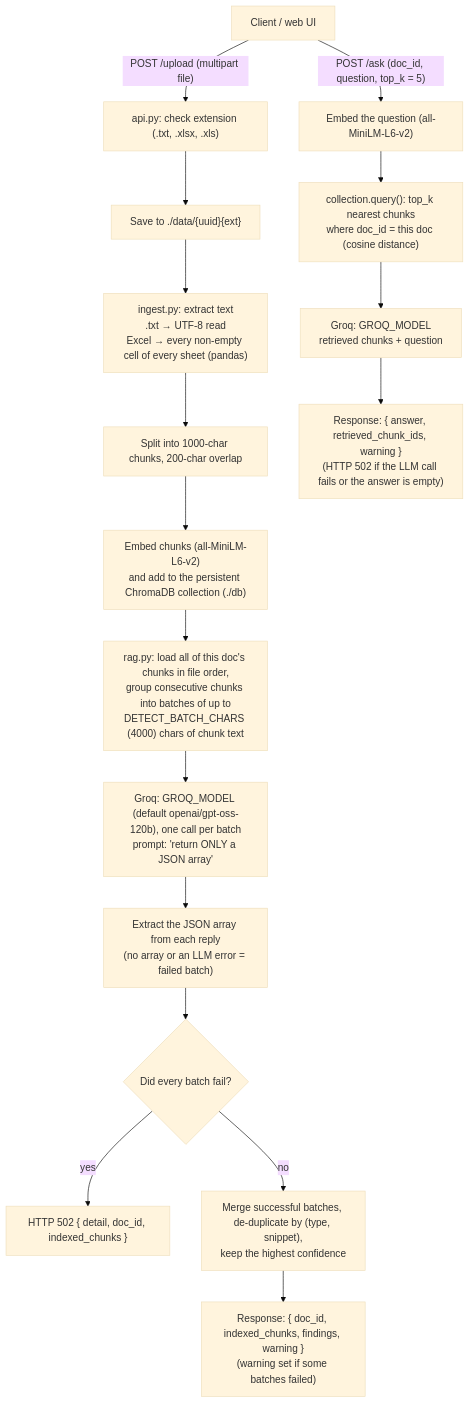
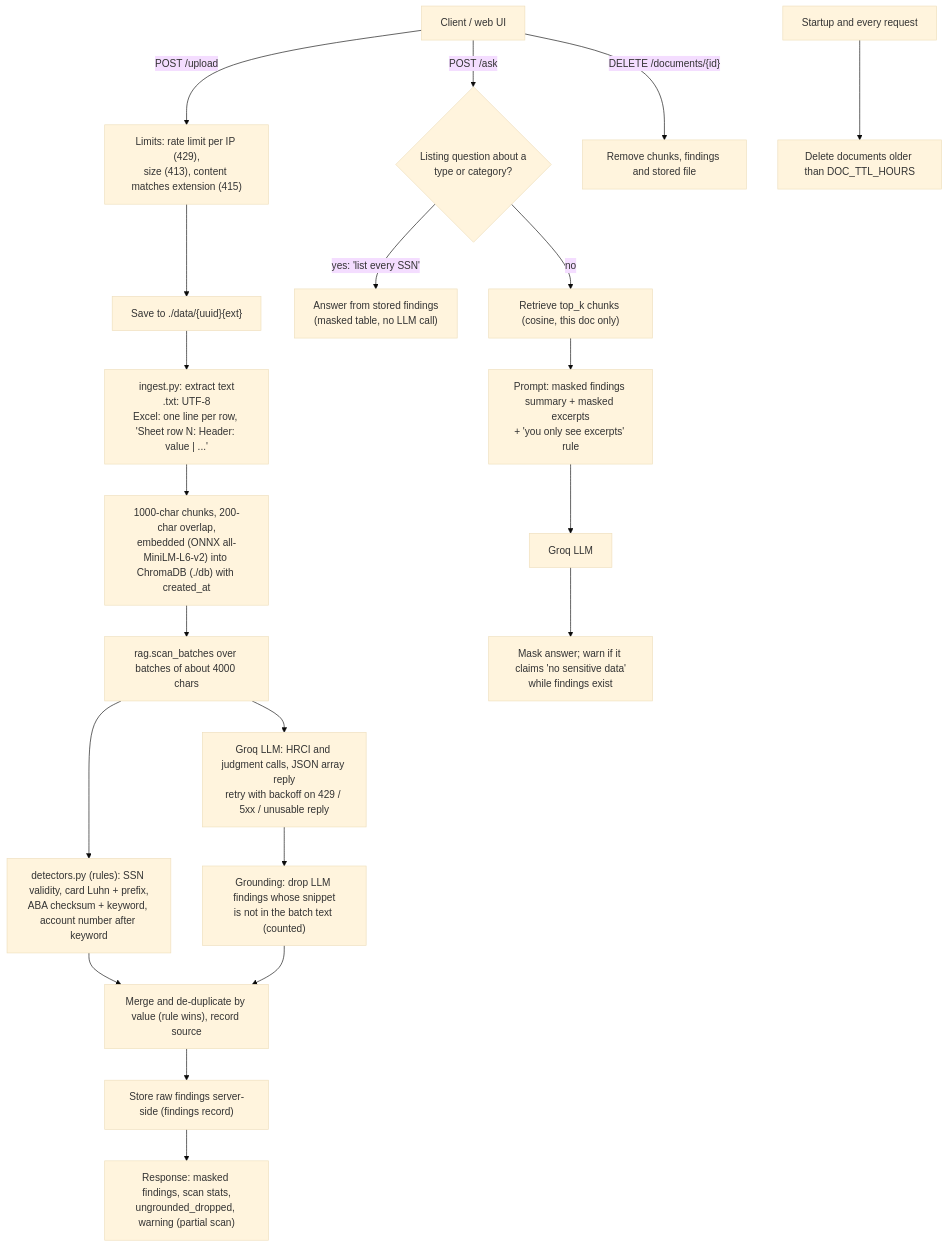
Before and after one commit to Kadaru242003/HRCI-NPPI-doc-finder: the diagram in README.md, drawn with Mermaid (base theme). The commit also changed other lines of this file and 2 other files, not shown here.

First line of the commit message:
Rewrite README for the hybrid, masked, measured pipeline

````diff
--- a/README.md
+++ b/README.md
@@ -30,20 +34,25 @@
 ```mermaid
 flowchart TD
-    A["Client / web UI"] -->|"POST /upload (multipart file)"| B["api.py: check extension (.txt, .xlsx, .xls)"]
-    B --> C["Save to ./data/{uuid}{ext}"]
-    C --> D["ingest.py: extract text<br/>.txt → UTF-8 read<br/>Excel → every non-empty cell of every sheet (pandas)"]
-    D --> E["Split into 1000-char chunks, 200-char overlap"]
-    E --> F["Embed chunks (all-MiniLM-L6-v2)<br/>and add to the persistent ChromaDB collection (./db)"]
-    F --> G["rag.py: load all of this doc's chunks in file order,<br/>group consecutive chunks into batches of up to<br/>DETECT_BATCH_CHARS (4000) chars of chunk text"]
-    G --> H["Groq: GROQ_MODEL (default openai/gpt-oss-120b), one call per batch<br/>prompt: 'return ONLY a JSON array'"]
-    H --> I["Extract the JSON array from each reply<br/>(no array or an LLM error = failed batch)"]
-    I --> I1{"Did every batch fail?"}
-    I1 -->|yes| X["HTTP 502 { detail, doc_id, indexed_chunks }"]
-    I1 -->|no| I2["Merge successful batches, de-duplicate by (type, snippet),<br/>keep the highest confidence"]
-    I2 --> J["Response: { doc_id, indexed_chunks, findings, warning }<br/>(warning set if some batches failed)"]
+    A["Client / web UI"] -->|"POST /upload"| L1["Limits: rate limit per IP (429),<br/>size (413), content matches extension (415)"]
+    L1 --> C["Save to ./data/{uuid}{ext}"]
+    C --> D["ingest.py: extract text<br/>.txt: UTF-8<br/>Excel: one line per row, 'Sheet row N: Header: value | ...'"]
+    D --> E["1000-char chunks, 200-char overlap,<br/>embedded (ONNX all-MiniLM-L6-v2) into ChromaDB (./db) with created_at"]
+    E --> G["rag.scan_batches over batches of about 4000 chars"]
+    G --> R["detectors.py (rules): SSN validity, card Luhn + prefix,<br/>ABA checksum + keyword, account number after keyword"]
+    G --> H["Groq LLM: HRCI and judgment calls, JSON array reply<br/>retry with backoff on 429 / 5xx / unusable reply"]
+    H --> GR["Grounding: drop LLM findings whose snippet<br/>is not in the batch text (counted)"]
+    R --> M["Merge and de-duplicate by value (rule wins), record source"]
+    GR --> M
+    M --> S["Store raw findings server-side (findings record)"]
+    S --> J["Response: masked findings, scan stats,<br/>ungrounded_dropped, warning (partial scan)"]
 
-    A -->|"POST /ask (doc_id, question, top_k = 5)"| K["Embed the question (all-MiniLM-L6-v2)"]
-    K --> K2["collection.query(): top_k nearest chunks<br/>where doc_id = this doc (cosine distance)"]
-    K2 --> L["Groq: GROQ_MODEL<br/>retrieved chunks + question"]
-    L --> M["Response: { answer, retrieved_chunk_ids, warning }<br/>(HTTP 502 if the LLM call fails or the answer is empty)"]
+    A -->|"POST /ask"| Q{"Listing question about a<br/>type or category?"}
+    Q -->|"yes: 'list every SSN'"| F["Answer from stored findings<br/>(masked table, no LLM call)"]
+    Q -->|no| K["Retrieve top_k chunks (cosine, this doc only)"]
+    K --> P["Prompt: masked findings summary + masked excerpts<br/>+ 'you only see excerpts' rule"]
+    P --> LL["Groq LLM"]
+    LL --> AM["Mask answer; warn if it claims 'no sensitive data'<br/>while findings exist"]
+
+    A -->|"DELETE /documents/{id}"| DEL["Remove chunks, findings and stored file"]
+    T["Startup and every request"] --> TTL["Delete documents older than DOC_TTL_HOURS"]
 ```
````
